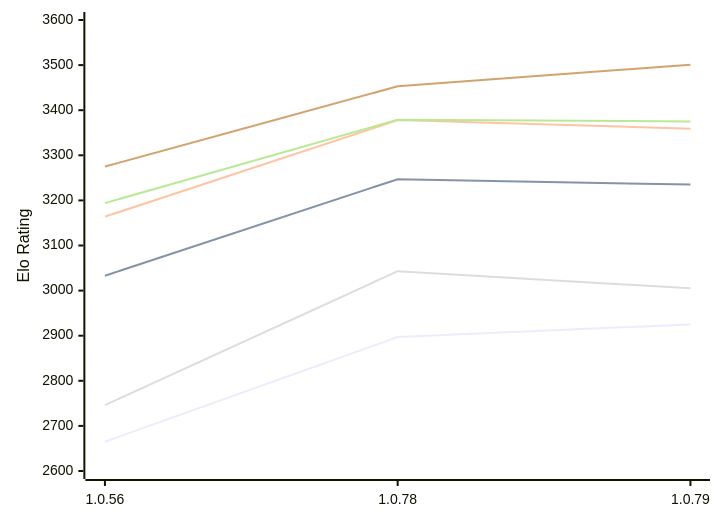
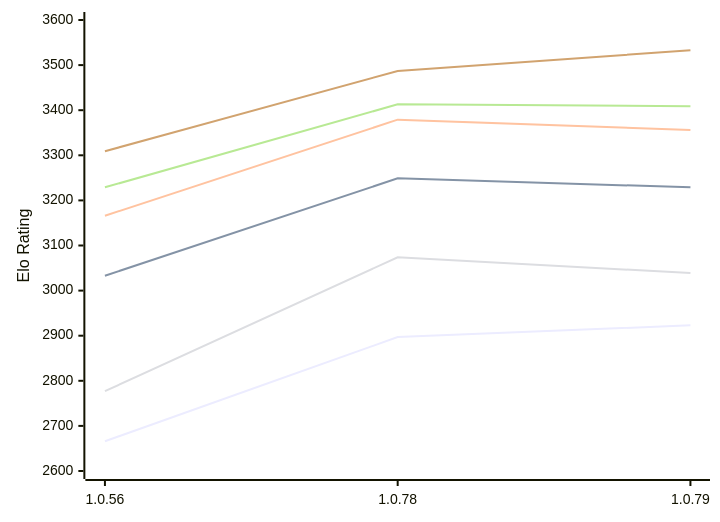
The first of 2 diagrams in engines/RustyRival.md (computer-chess-index/cci), drawn with Mermaid before and after one commit. The commit also changed other lines of this file, not shown here.

Commit message:
Update CCI Ratings (ELO VLTC) - 2026-11-05

````diff
--- a/engines/RustyRival.md
+++ b/engines/RustyRival.md
@@ -65,12 +65,12 @@
 ```mermaid
 %%{init: {"theme":"base","themeVariables":{"seriesColors:['#a3a3a3','#222221','#faa371']}}}%%
 xychart-beta
   x-axis ["1.0.56", "1.0.78", "1.0.79"]
   y-axis "Elo Rating" 2600 --> 3600
-  line "E1: STC (8.0+0.08s)" [2665, 2897, 2925]
-  line "E1: LTC (60.0+0.60s)" [3033, 3247, 3235]
-  line "E1: VLTC (2m24s+1.12s)" [3164, 3378, 3359]
-  line "P1: STC (8.0+0.08s)" [2746, 3043, 3005]
-  line "P1: LTC (60.0+0.60s)" [3194, 3379, 3375]
-  line "P1: VLTC (2m24s+1.12s)" [3275, 3453, 3501]
+  line "E1: STC (8.0+0.08s)" [2666, 2897, 2923]
+  line "E1: LTC (60.0+0.60s)" [3033, 3249, 3229]
+  line "E1: VLTC (2m24s+1.12s)" [3166, 3379, 3356]
+  line "P1: STC (8.0+0.08s)" [2777, 3074, 3039]
+  line "P1: LTC (60.0+0.60s)" [3229, 3413, 3409]
+  line "P1: VLTC (2m24s+1.12s)" [3309, 3487, 3533]
 ```
````
